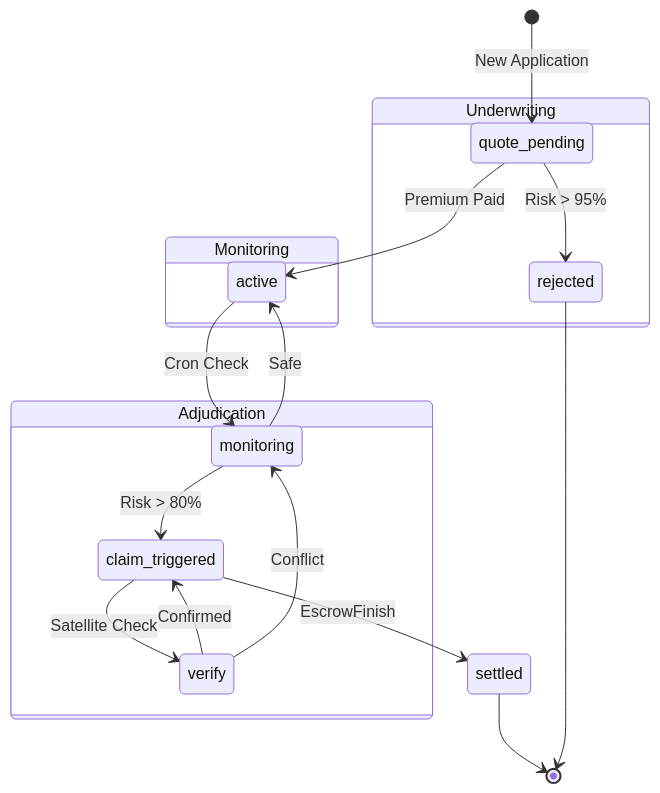
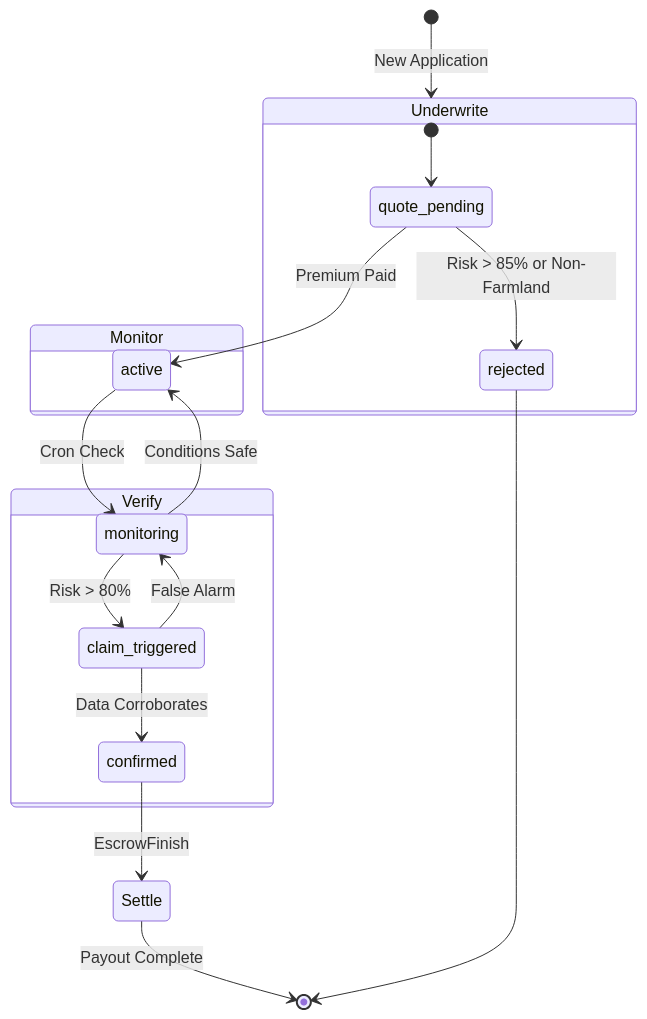
The third of 3 diagrams in README.md (ianp-1/Canopy), drawn with Mermaid before and after one commit. The commit also changed other lines of this file, not shown here.

````diff
--- a/README.md
+++ b/README.md
@@ -437,25 +174,25 @@
 ```mermaid
 stateDiagram-v2
-    [*] --> quote_pending: New Application
+    [*] --> Underwrite: New Application
 
-    state Underwriting {
-        quote_pending --> rejected: Risk > 95%
+    state Underwrite {
+        [*] --> quote_pending
+        quote_pending --> rejected: Risk > 85% or Non-Farmland
         quote_pending --> active: Premium Paid
     }
-    
-    state Monitoring {
+
+    state Monitor {
         active --> monitoring: Cron Check
-        monitoring --> active: Safe
+        monitoring --> active: Conditions Safe
         monitoring --> claim_triggered: Risk > 80%
     }
-    
-    state Adjudication {
-        claim_triggered --> verify: Satellite Check
-        verify --> claim_triggered: Confirmed
-        verify --> monitoring: Conflict
+
+    state Verify {
+        claim_triggered --> confirmed: Data Corroborates
+        claim_triggered --> monitoring: False Alarm
     }
-    
-    claim_triggered --> settled: EscrowFinish
-    settled --> [*]
+
+    confirmed --> Settle: EscrowFinish
+    Settle --> [*]: Payout Complete
     rejected --> [*]
 ```
````
